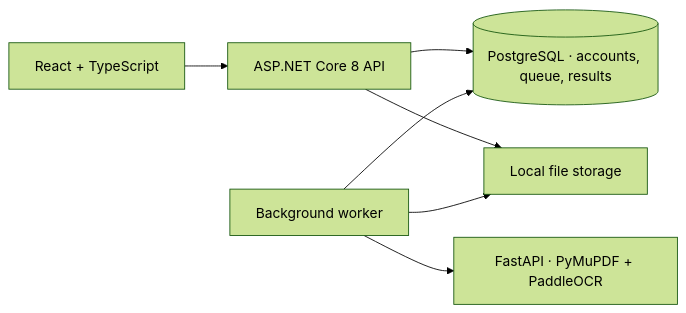
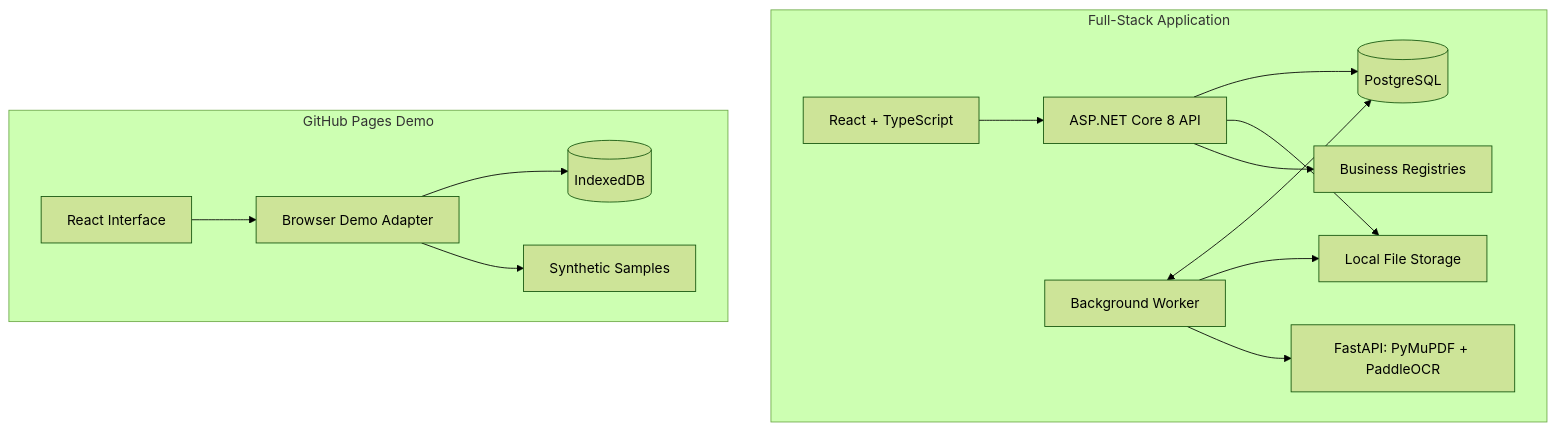
The first of 2 diagrams in README.md (Avuii/DocuMind-AI), drawn with Mermaid (forest theme) before and after one commit. The commit also changed other lines of this file, not shown here.

````diff
--- a/README.md
+++ b/README.md
@@ -74,9 +110,18 @@
 ```mermaid
-flowchart LR
-    UI["React + TypeScript"] --> API["ASP.NET Core 8 API"]
-    API --> DB[("PostgreSQL · accounts, queue, results")]
-    API --> Files["Local file storage"]
-    Worker["Background worker"] --> DB
-    Worker --> Files
-    Worker --> OCR["FastAPI · PyMuPDF + PaddleOCR"]
+flowchart TB
+    subgraph Full[Full-Stack Application]
+        UI[React + TypeScript] --> API[ASP.NET Core 8 API]
+        API --> DB[(PostgreSQL)]
+        API --> Files[Local File Storage]
+        Worker[Background Worker] <--> DB
+        Worker --> Files
+        Worker --> OCR[FastAPI: PyMuPDF + PaddleOCR]
+        API --> Registries[Business Registries]
+    end
+
+    subgraph Demo[GitHub Pages Demo]
+        DemoUI[React Interface] --> Adapter[Browser Demo Adapter]
+        Adapter --> BrowserDB[(IndexedDB)]
+        Adapter --> Samples[Synthetic Samples]
+    end
 ```
````
